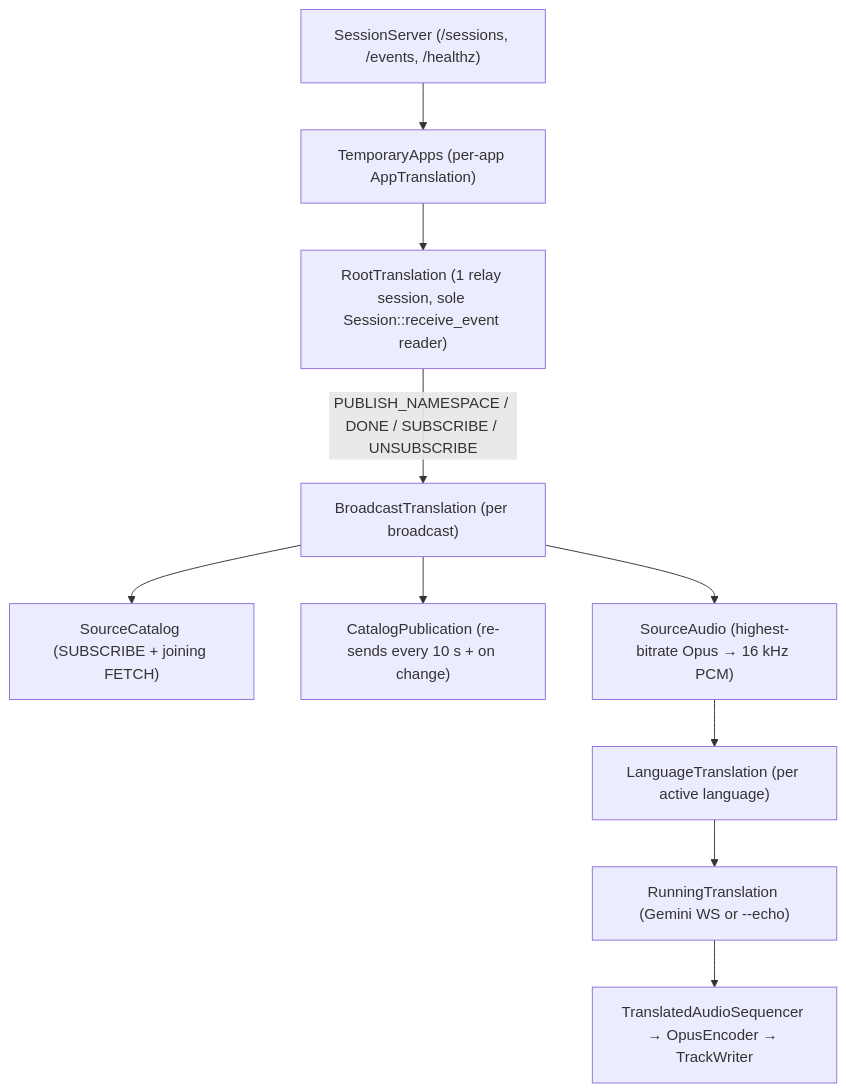
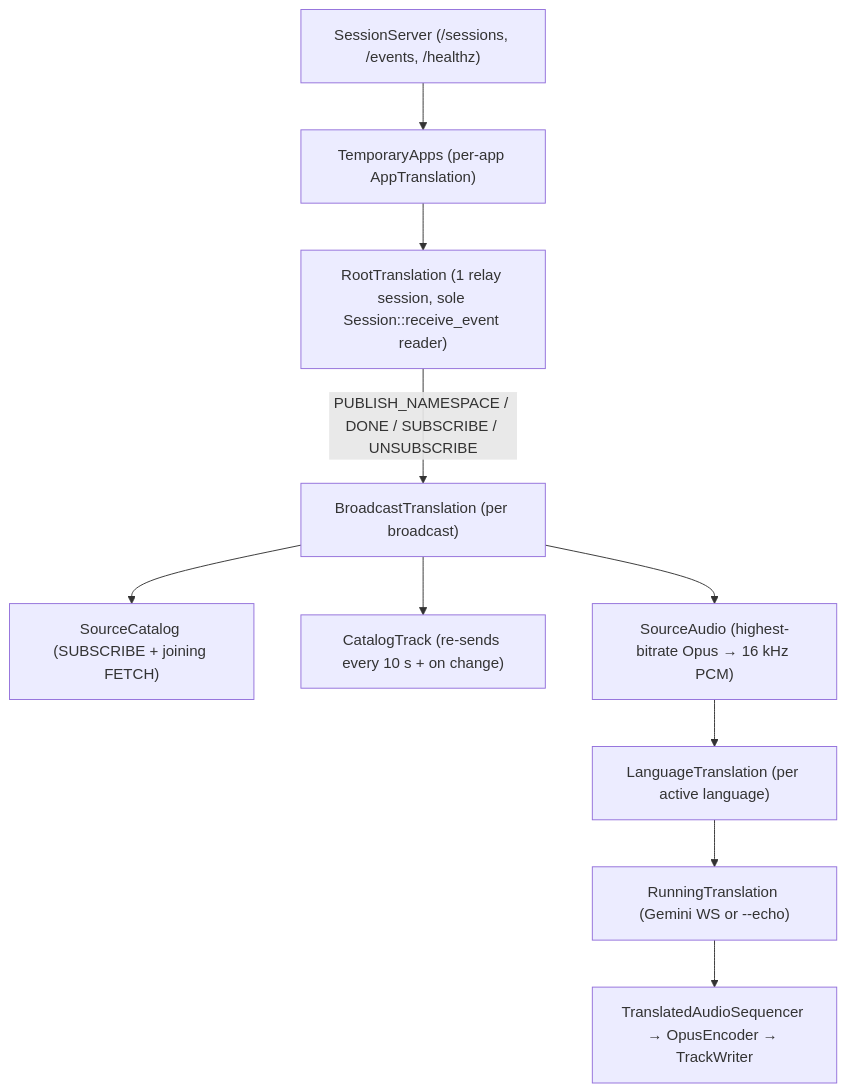
The diagram in docs/architecture/live-translate/architecture.md (nttcom/moq-wasm), drawn with Mermaid before and after one commit. The commit also changed 15 other files, not shown here.

````diff
--- a/docs/architecture/live-translate/architecture.md
+++ b/docs/architecture/live-translate/architecture.md
@@ -31,12 +31,12 @@
 ```mermaid
 flowchart TB
     SS["SessionServer (/sessions, /events, /healthz)"] --> TA["TemporaryApps (per-app AppTranslation)"]
     TA --> RT["RootTranslation (1 relay session, sole Session::receive_event reader)"]
     RT -->|"PUBLISH_NAMESPACE / DONE / SUBSCRIBE / UNSUBSCRIBE"| BT["BroadcastTranslation (per broadcast)"]
     BT --> SC["SourceCatalog (SUBSCRIBE + joining FETCH)"]
-    BT --> CP["CatalogPublication (re-sends every 10 s + on change)"]
+    BT --> CP["CatalogTrack (re-sends every 10 s + on change)"]
     BT --> SA["SourceAudio (highest-bitrate Opus → 16 kHz PCM)"]
     SA --> LT["LanguageTranslation (per active language)"]
     LT --> Gem["RunningTranslation (Gemini WS or --echo)"]
     Gem --> Seq["TranslatedAudioSequencer → OpusEncoder → TrackWriter"]
 ```
````
